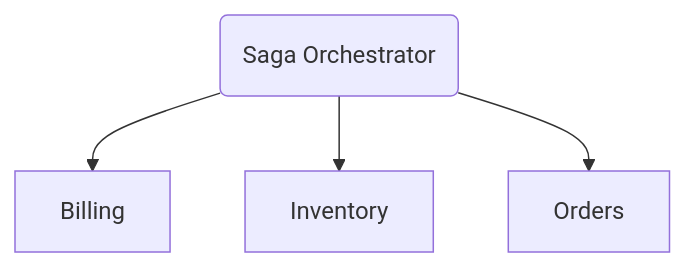
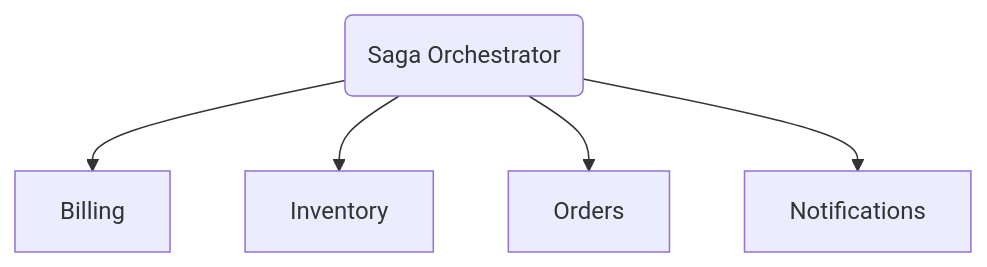
One commit to savinmikhail/advanced-system-design changed the fourth of 5 diagrams in 02_distributed-transactions/ DistributedTransactions/readme.md. Above: the diagram before and after it, drawn with Mermaid. The commit also changed other lines of this file, not shown here.

````diff
--- a/02_distributed-transactions/ DistributedTransactions/readme.md
+++ b/02_distributed-transactions/ DistributedTransactions/readme.md
@@ -197,6 +261,8 @@
 ```mermaid
 graph TD
-O(Saga Orchestrator) --> Billing
+O(Saga Orchestrator)
+O --> Billing
 O --> Inventory
 O --> Orders
+O --> Notifications
 ```
````
